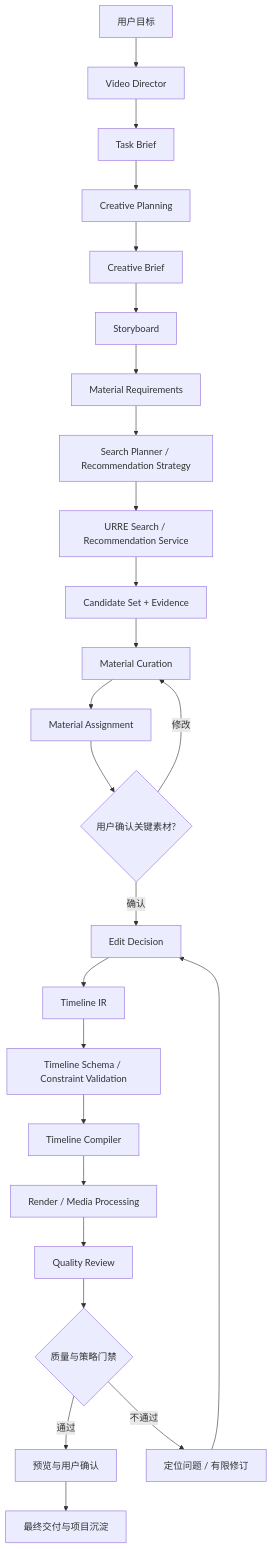
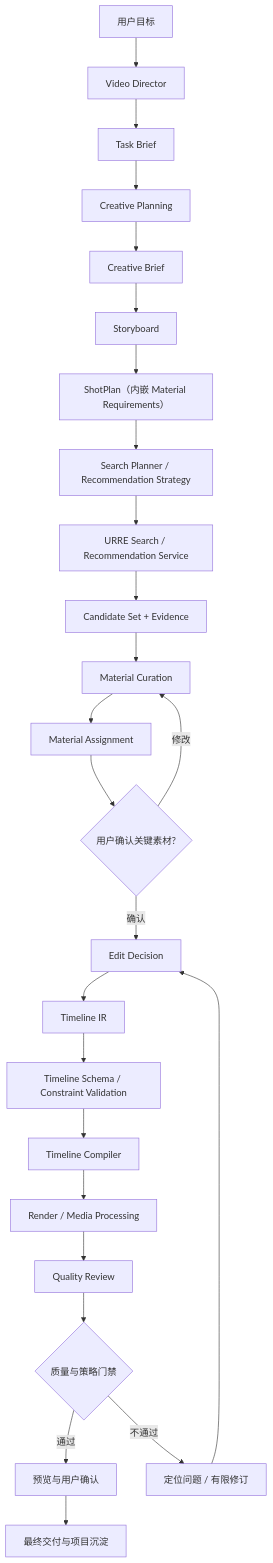
One commit to human-cosmos/search-rec-docs changed the third of 4 diagrams in 03_VideoDomain架构设计.md. Above: the diagram before and after it, drawn with Mermaid. The commit also changed other lines of this file and 9 other files, not shown here.

````diff
--- a/03_VideoDomain架构设计.md
+++ b/03_VideoDomain架构设计.md
@@ -225,27 +236,27 @@
 ```mermaid
 flowchart TB
   U[用户目标] --> D[Video Director]
   D --> TB[Task Brief]
   TB --> CP[Creative Planning]
   CP --> CB[Creative Brief]
   CB --> SB[Storyboard]
-  SB --> MR[Material Requirements]
-  MR --> RR[Search Planner / Recommendation Strategy]
+  SB --> SP[ShotPlan（内嵌 Material Requirements）]
+  SP --> RR[Search Planner / Recommendation Strategy]
   RR --> RS[URRE Search / Recommendation Service]
   RS --> CS[Candidate Set + Evidence]
   CS --> MC[Material Curation]
   MC --> MA[Material Assignment]
   MA --> USER{用户确认关键素材?}
   USER -->|修改| MC
   USER -->|确认| ED[Edit Decision]
   ED --> TL[Timeline IR]
   TL --> VAL[Timeline Schema / Constraint Validation]
   VAL --> COMP[Timeline Compiler]
   COMP --> RENDER[Render / Media Processing]
   RENDER --> QA[Quality Review]
   QA --> PASS{质量与策略门禁}
   PASS -->|通过| PREVIEW[预览与用户确认]
   PASS -->|不通过| FIX[定位问题 / 有限修订]
   FIX --> ED
   PREVIEW --> FINAL[最终交付与项目沉淀]
 ```
````
